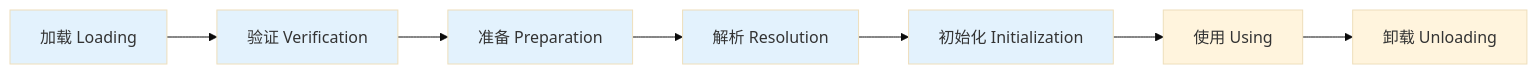
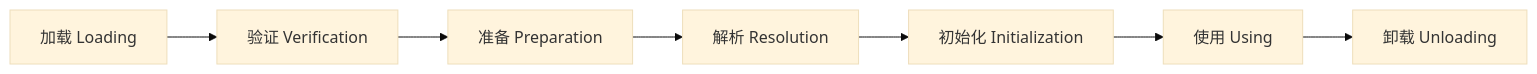
The first of 3 diagrams in Android/ClassLoader/1-基础篇.md (jiaxiangdong0309/StudyDocument), drawn with Mermaid (base theme) before and after one commit. The commit also changed other lines of this file and 67 other files, not shown here.

````diff
--- a/Android/ClassLoader/1-基础篇.md
+++ b/Android/ClassLoader/1-基础篇.md
@@ -36,15 +36,11 @@
 ```mermaid
 flowchart LR
     A[加载 Loading] --> B[验证 Verification]
     B --> C[准备 Preparation]
     C --> D[解析 Resolution]
     D --> E[初始化 Initialization]
     E --> F[使用 Using]
     F --> G[卸载 Unloading]
-    
-    style A fill:#e3f2fd
-    style B fill:#e3f2fd
-    style C fill:#e3f2fd
-    style D fill:#e3f2fd
-    style E fill:#e3f2fd
+
+
 ```
````
